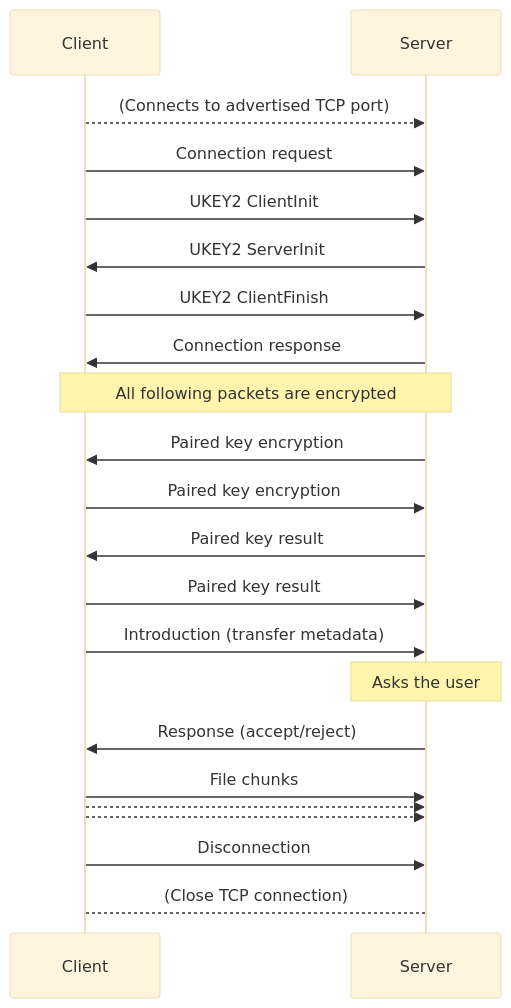
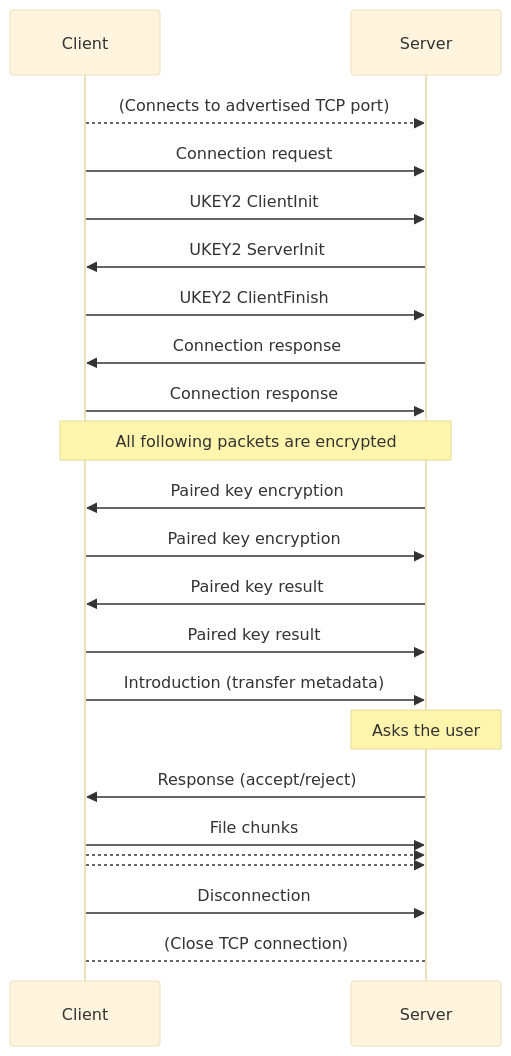
One commit to grishka/NearDrop changed the diagram in PROTOCOL.md. Above: the diagram before and after it, drawn with Mermaid (base theme). The commit also changed other lines of this file and 38 other files, not shown here.

````diff
--- a/PROTOCOL.md
+++ b/PROTOCOL.md
@@ -54,22 +54,23 @@
 ```mermaid
 sequenceDiagram
     Client-->>Server: (Connects to advertised TCP port)
     Client->>Server: Connection request
     Client->>Server: UKEY2 ClientInit
     Server->>Client: UKEY2 ServerInit
     Client->>Server: UKEY2 ClientFinish
     Server->>Client: Connection response
+    Client->>Server: Connection response
     Note over Server, Client: All following packets are encrypted
     Server->>Client: Paired key encryption
     Client->>Server: Paired key encryption
     Server->>Client: Paired key result
     Client->>Server: Paired key result
     Client->>Server: Introduction (transfer metadata)
     Note over Server: Asks the user
     Server->>Client: Response (accept/reject)
     Client->>Server: File chunks
     Client-->>Server: 
     Client-->>Server: 
     Client->>Server: Disconnection
     Client-->Server: (Close TCP connection)
 ```
````
